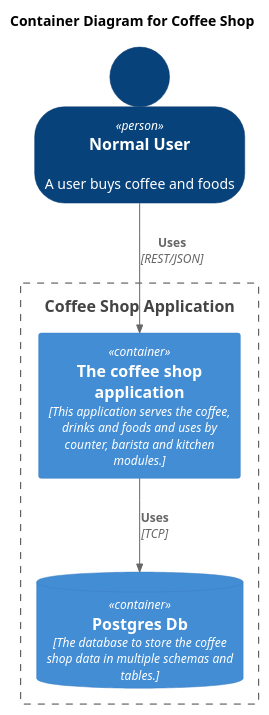
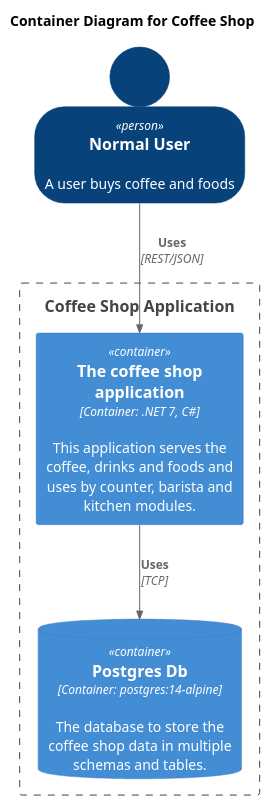
One commit to thangchung/coffeeshop-modular changed the diagram in assets/c4/container_diagram.puml. Above: the diagram before and after it, drawn with PlantUML. The commit also changed 6 other files, not shown here.

Commit message:
add c4 diagrams

```diff
--- a/assets/c4/container_diagram.puml
+++ b/assets/c4/container_diagram.puml
@@ -1,29 +1,29 @@
 @startuml coffeeshop_container
 
 ' left to right direction
 ' skinparam packageStyle rect
 
 !include https://raw.githubusercontent.com/plantuml-stdlib/C4-PlantUML/master/C4_Container.puml
 ' uncomment the following line and comment the first to use locally
 ' !include C4_Container.puml
 
 LAYOUT_TOP_DOWN()
 SHOW_PERSON_OUTLINE()
 ' LAYOUT_AS_SKETCH()
 ' LAYOUT_WITH_LEGEND()
 
 title Container Diagram for Coffee Shop
 
 Person(normal_user, "Normal User", "A user buys coffee and foods")
 
 Boundary(c1, "Coffee Shop Application") {
-    Container(coffeeshop_app, "The coffee shop application", "This application serves the coffee, drinks and foods and uses by counter, barista and kitchen modules.")
+    Container(coffeeshop_app, "The coffee shop application", "Container: .NET 7, C#", "This application serves the coffee, drinks and foods and uses by counter, barista and kitchen modules.")
 
-    ContainerDb(postgres_db, "Postgres Db", "The database to store the coffee shop data in multiple schemas and tables.")
+    ContainerDb(postgres_db, "Postgres Db", "Container: postgres:14-alpine", "The database to store the coffee shop data in multiple schemas and tables.")
 }
 
 Rel(normal_user, coffeeshop_app, "Uses", "REST/JSON")
 
 Rel(coffeeshop_app, postgres_db, "Uses", "TCP")
 
 @enduml
```
